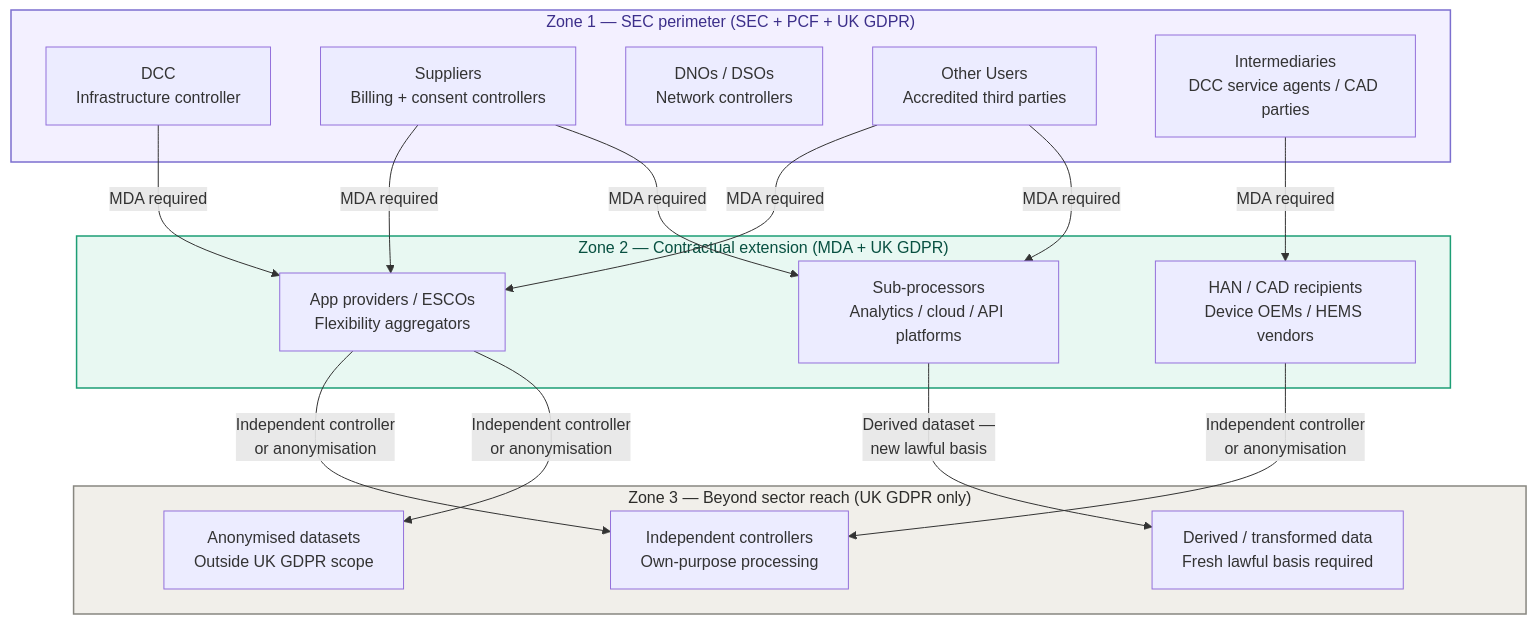
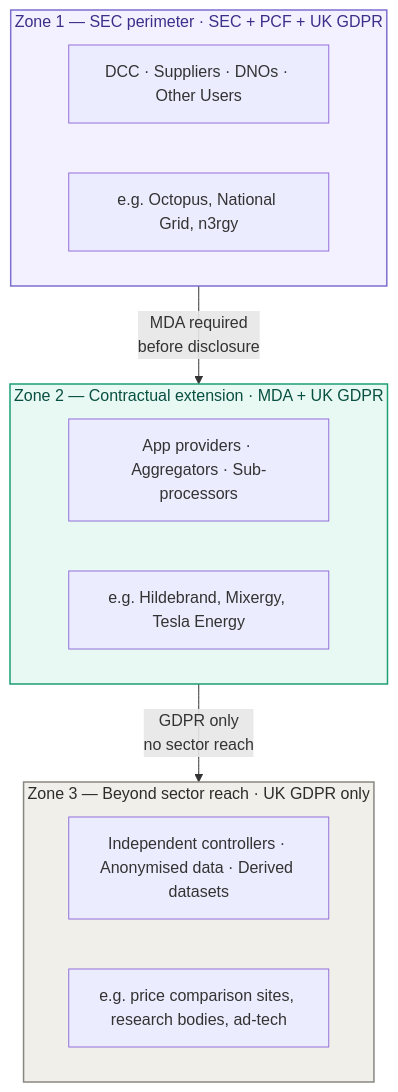
The diagram in docs/data-zones.mdx (AuthEnergy/dar), drawn with Mermaid before and after one commit.

````diff
--- a/docs/data-zones.mdx
+++ b/docs/data-zones.mdx
@@ -14,38 +14,24 @@
 ```mermaid
 graph TD
-    subgraph Z1["Zone 1 — SEC perimeter (SEC + PCF + UK GDPR)"]
-        DCC["DCC\nInfrastructure controller"]
-        SUP["Suppliers\nBilling + consent controllers"]
-        DNO["DNOs / DSOs\nNetwork controllers"]
-        OU["Other Users\nAccredited third parties"]
-        INT["Intermediaries\nDCC service agents / CAD parties"]
+    subgraph Z1["Zone 1 — SEC perimeter · SEC + PCF + UK GDPR"]
+        A["DCC · Suppliers · DNOs · Other Users"]
+        B["e.g. Octopus, National Grid, n3rgy"]
     end
 
-    subgraph Z2["Zone 2 — Contractual extension (MDA + UK GDPR)"]
-        APP["App providers / ESCOs\nFlexibility aggregators"]
-        SUB["Sub-processors\nAnalytics / cloud / API platforms"]
-        HAN["HAN / CAD recipients\nDevice OEMs / HEMS vendors"]
+    subgraph Z2["Zone 2 — Contractual extension · MDA + UK GDPR"]
+        C["App providers · Aggregators · Sub-processors"]
+        D["e.g. Hildebrand, Mixergy, Tesla Energy"]
     end
 
-    subgraph Z3["Zone 3 — Beyond sector reach (UK GDPR only)"]
-        IND["Independent controllers\nOwn-purpose processing"]
-        ANO["Anonymised datasets\nOutside UK GDPR scope"]
-        DER["Derived / transformed data\nFresh lawful basis required"]
+    subgraph Z3["Zone 3 — Beyond sector reach · UK GDPR only"]
+        E["Independent controllers · Anonymised data · Derived datasets"]
+        F["e.g. price comparison sites, research bodies, ad-tech"]
     end
 
-    DCC -->|"MDA required"| APP
-    SUP -->|"MDA required"| APP
-    SUP -->|"MDA required"| SUB
-    OU  -->|"MDA required"| APP
-    OU  -->|"MDA required"| SUB
-    INT -->|"MDA required"| HAN
-
-    APP -->|"Independent controller\nor anonymisation"| IND
-    APP -->|"Independent controller\nor anonymisation"| ANO
-    SUB -->|"Derived dataset —\nnew lawful basis"| DER
-    HAN -->|"Independent controller\nor anonymisation"| IND
+    Z1 -->|"MDA required\nbefore disclosure"| Z2
+    Z2 -->|"GDPR only\nno sector reach"| Z3
 
     style Z1 fill:#f3f0ff,stroke:#7c6fcf,stroke-width:1.5px,color:#3c2f8a
     style Z2 fill:#e8f8f2,stroke:#1d9e75,stroke-width:1.5px,color:#085041
     style Z3 fill:#f1efea,stroke:#888780,stroke-width:1.5px,color:#2c2c2a
 ```
````
